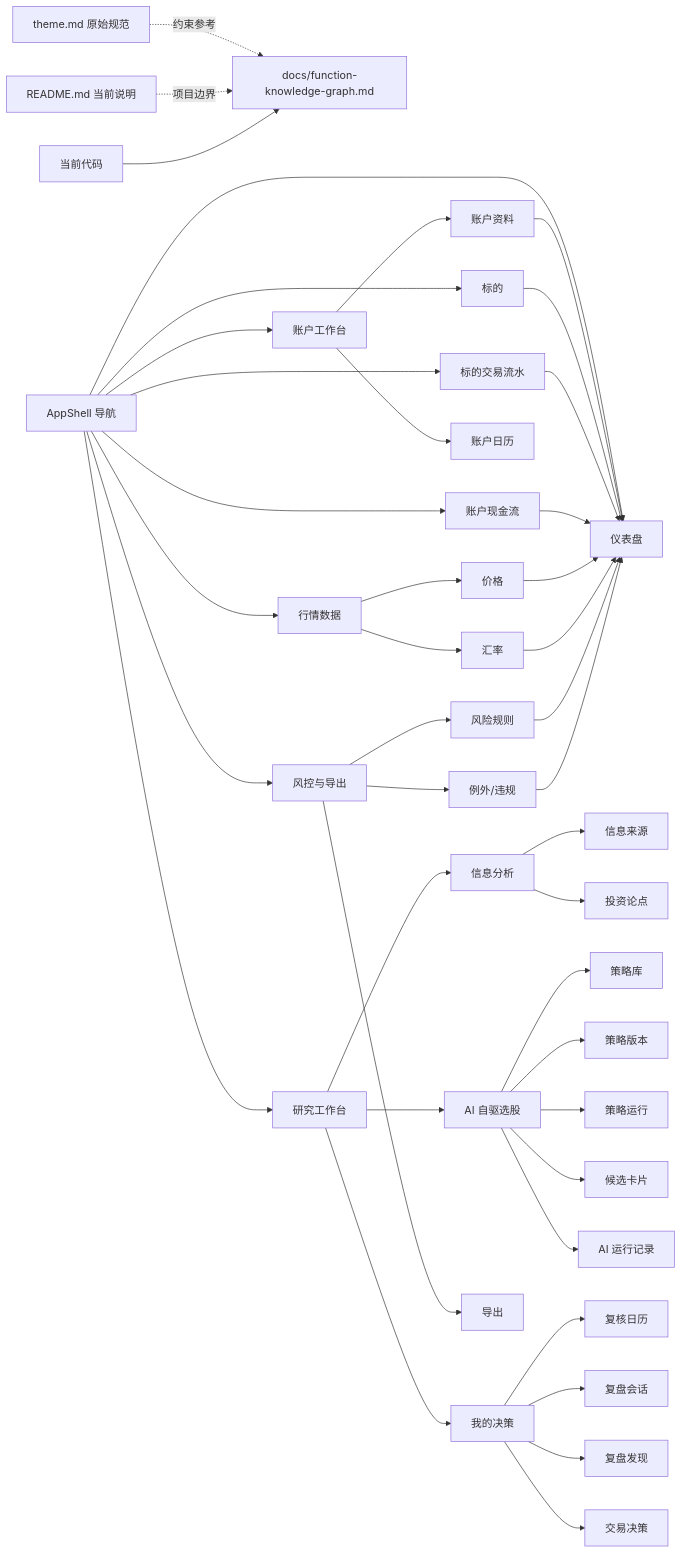
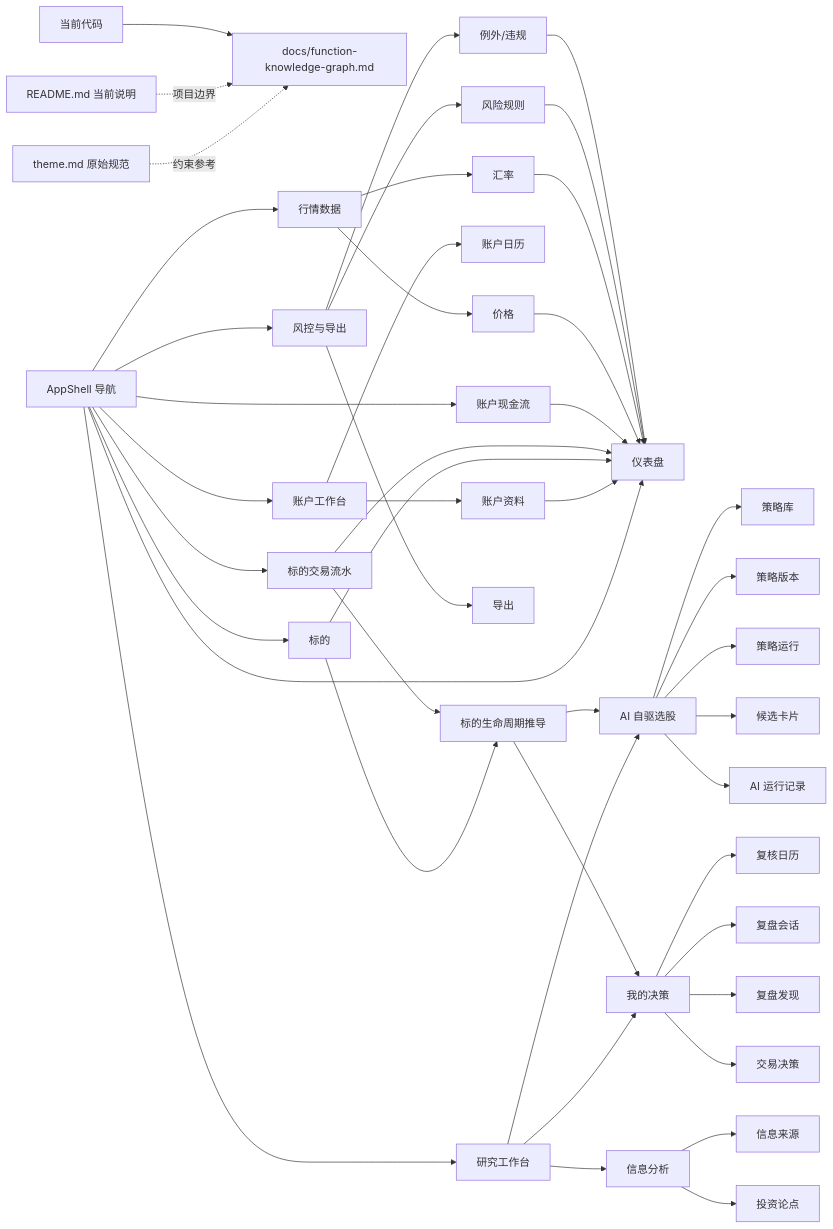
Before and after one commit to wongziu/Personal-Financial-Tools: the first of 8 diagrams in docs/function-knowledge-graph.md, drawn with Mermaid. The commit also changed other lines of this file and 9 other files, not shown here.

````diff
--- a/docs/function-knowledge-graph.md
+++ b/docs/function-knowledge-graph.md
@@ -22,46 +22,50 @@
 ```mermaid
 flowchart LR
   Spec["theme.md 原始规范"] -.->|约束参考| Graph["docs/function-knowledge-graph.md"]
   Readme["README.md 当前说明"] -.->|项目边界| Graph
   Code["当前代码"] --> Graph
 
   Shell["AppShell 导航"] --> Dashboard["仪表盘"]
   Shell --> AccountsWs["账户工作台"]
   Shell --> Securities["标的"]
   Shell --> Transactions["标的交易流水"]
   Shell --> Cashflows["账户现金流"]
   Shell --> MarketWs["行情数据"]
   Shell --> ResearchWs["研究工作台"]
   Shell --> GovernanceWs["风控与导出"]
 
   AccountsWs --> Accounts["账户资料"]
   AccountsWs --> AccountCalendar["账户日历"]
   MarketWs --> Prices["价格"]
   MarketWs --> FxRates["汇率"]
   ResearchWs --> InfoAnalysis["信息分析"]
   ResearchWs --> AiPicks["AI 自驱选股"]
   ResearchWs --> MyDecisions["我的决策"]
+  Securities --> Lifecycle["标的生命周期推导"]
+  Transactions --> Lifecycle
+  Lifecycle --> AiPicks
+  Lifecycle --> MyDecisions
   InfoAnalysis --> Sources["信息来源"]
   InfoAnalysis --> Theses["投资论点"]
   AiPicks --> Strategies["策略库"]
   AiPicks --> StrategyVersions["策略版本"]
   AiPicks --> StrategyRuns["策略运行"]
   AiPicks --> StrategyCandidates["候选卡片"]
   AiPicks --> ResearchRuns["AI 运行记录"]
   MyDecisions --> ReviewEvents["复核日历"]
   MyDecisions --> ReviewSessions["复盘会话"]
   MyDecisions --> ReviewFindings["复盘发现"]
   MyDecisions --> TradeDecisions["交易决策"]
   GovernanceWs --> RiskRules["风险规则"]
   GovernanceWs --> Exceptions["例外/违规"]
   GovernanceWs --> Export["导出"]
 
   Accounts --> Dashboard
   Securities --> Dashboard
   Transactions --> Dashboard
   Cashflows --> Dashboard
   Prices --> Dashboard
   FxRates --> Dashboard
   RiskRules --> Dashboard
   Exceptions --> Dashboard
 ```
````
